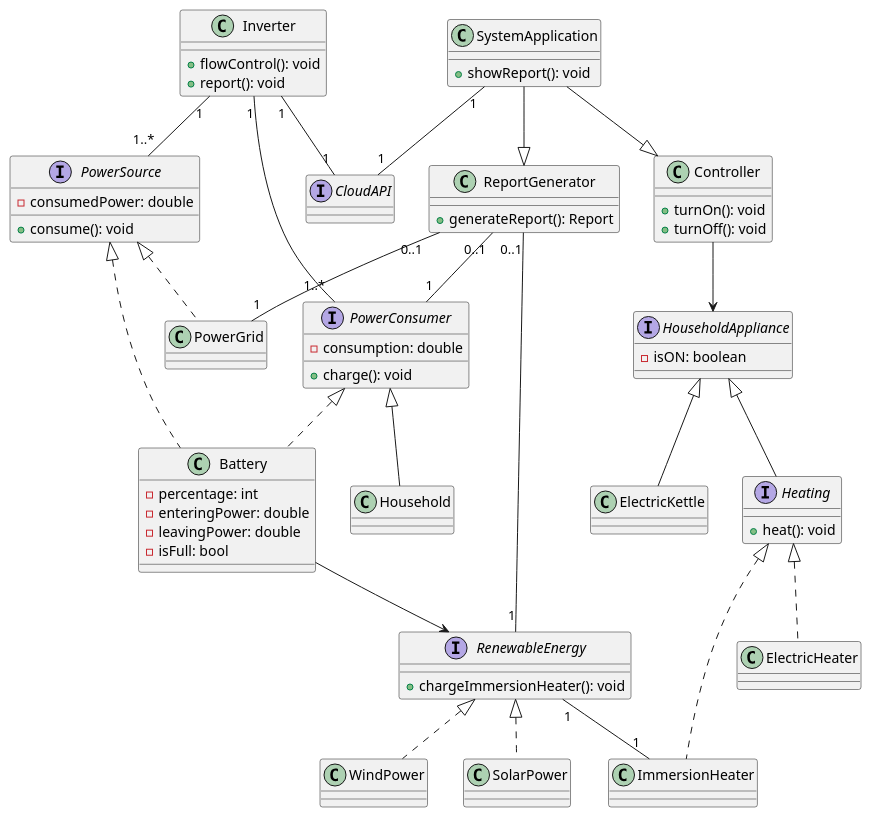
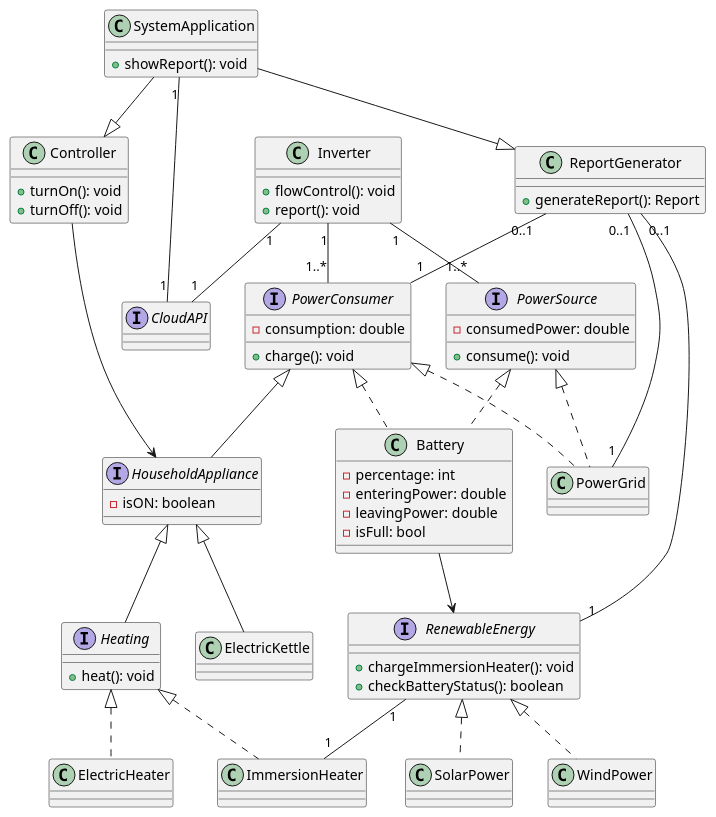
The diagram in Year2/204. Software Design/Coursework/UML.plantUML (yudai-yam/204-Design-and-Architecture), drawn with PlantUML before and after one commit.

Commit message:
Created System application, added abstract classes

```diff
--- a/Year2/204. Software Design/Coursework/UML.plantUML
+++ b/Year2/204. Software Design/Coursework/UML.plantUML
@@ -1,126 +1,132 @@
 @startuml Power Manager
+
+class SystemApplication{
+    + showReport(): void
+}
+
+
 
 class PowerGrid{
     
 }
 
+
 interface RenewableEnergy{
     + chargeImmersionHeater(): void
+    + checkBatteryStatus(): boolean
 }
 
 class SolarPower{
 
 }
 
 class WindPower{
 
 }
 
-class SystemApplication{
-    + showReport(): void
-}
 
 
 class Battery{
     - percentage: int
     - enteringPower: double
     - leavingPower: double
     - isFull: bool
 
 }
 
 interface PowerSource{
     - consumedPower: double
 
     + consume(): void
 }
 
 interface PowerConsumer{
     - consumption: double
 
     + charge(): void
 }
 
 class Inverter{
     + flowControl(): void
     + report(): void
 }
 
 interface CloudAPI{
 
 }
 
 interface HouseholdAppliance{
   - isON: boolean
 }
 
 class ImmersionHeater{
 }
 
 interface Heating{
     + heat(): void
 }
 
 
 
 class ElectricKettle{
 }
 
 class ElectricHeater{
 
 }
 
 
 
 class ReportGenerator{
     + generateReport(): Report
 }
 
 
 
 class Controller{
     + turnOn(): void
     + turnOff(): void
 } 
 
 
 
 Battery --> RenewableEnergy
 PowerSource <|.. PowerGrid
+PowerSource <|.. Battery
+PowerConsumer <|.. Battery
+PowerConsumer <|.. PowerGrid
+PowerConsumer <|-- HouseholdAppliance
 
 RenewableEnergy <|.. SolarPower
 RenewableEnergy <|.. WindPower
 
 HouseholdAppliance <|-- ElectricKettle
 
-PowerSource <|.. Battery
 
-PowerConsumer <|.. Battery
 
 
 Inverter "1"--"1" CloudAPI
 Inverter "1"--"1..*" PowerSource
 Inverter "1"--"1..*" PowerConsumer
 
 
 ReportGenerator "0..1"--"1" RenewableEnergy
 ReportGenerator "0..1"--"1" PowerGrid
 ReportGenerator "0..1"--"1" PowerConsumer
 
 Controller --> HouseholdAppliance
 
 
 HouseholdAppliance <|-- Heating
 
 Heating <|.. ImmersionHeater
 Heating <|.. ElectricHeater
 
 RenewableEnergy "1"--"1" ImmersionHeater
 
 
-PowerConsumer <|-- Household
 
 SystemApplication --|> ReportGenerator
 SystemApplication --|> Controller
 SystemApplication "1"--"1" CloudAPI
 @enduml
```
